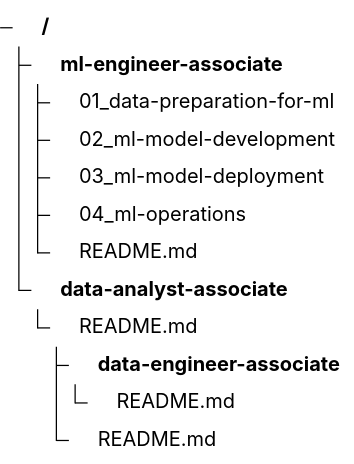
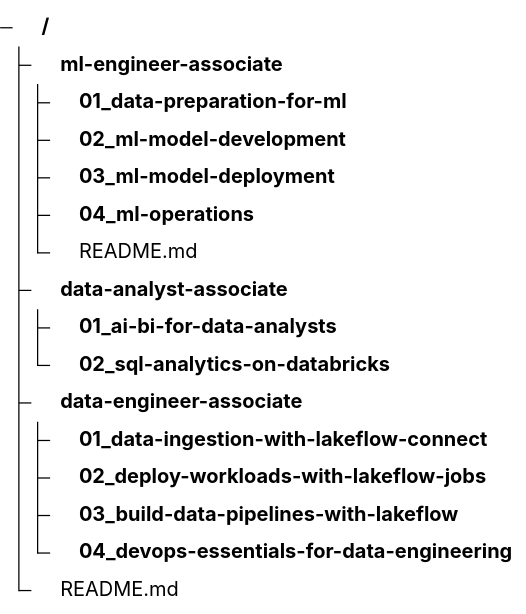
One commit to rosa-lpz/databricks-training changed the diagram in README.md. Above: the diagram before and after it, drawn with Mermaid.

Commit message:
README.md - tree-view correction

````diff
--- a/README.md
+++ b/README.md
@@ -13,20 +13,25 @@
 ```mermaid
 ---
 config:
   treeView:
     showIcons: true
 ---
 treeView-beta
-    ml-engineer-associate/
-        01_data-preparation-for-ml
-        02_ml-model-development
-        03_ml-model-deployment
-        04_ml-operations
-        README.md
-	data-analyst-associate/
-		README.md
-    data-engineer-associate/
-    	README.md
-    README.md
+├── ml-engineer-associate/
+│   ├── 01_data-preparation-for-ml/
+│   ├── 02_ml-model-development/
+│   ├── 03_ml-model-deployment/
+│   ├── 04_ml-operations/
+│   └── README.md
+├── data-analyst-associate/
+│   ├── 01_ai-bi-for-data-analysts/
+│   ├── 02_sql-analytics-on-databricks/
+├── data-engineer-associate/
+│   ├── 01_data-ingestion-with-lakeflow-connect/
+│   ├── 02_deploy-workloads-with-lakeflow-jobs/
+│   ├── 03_build-data-pipelines-with-lakeflow/
+│   ├── 04_devops-essentials-for-data-engineering/
+└── README.md
+
 
 ```
````
